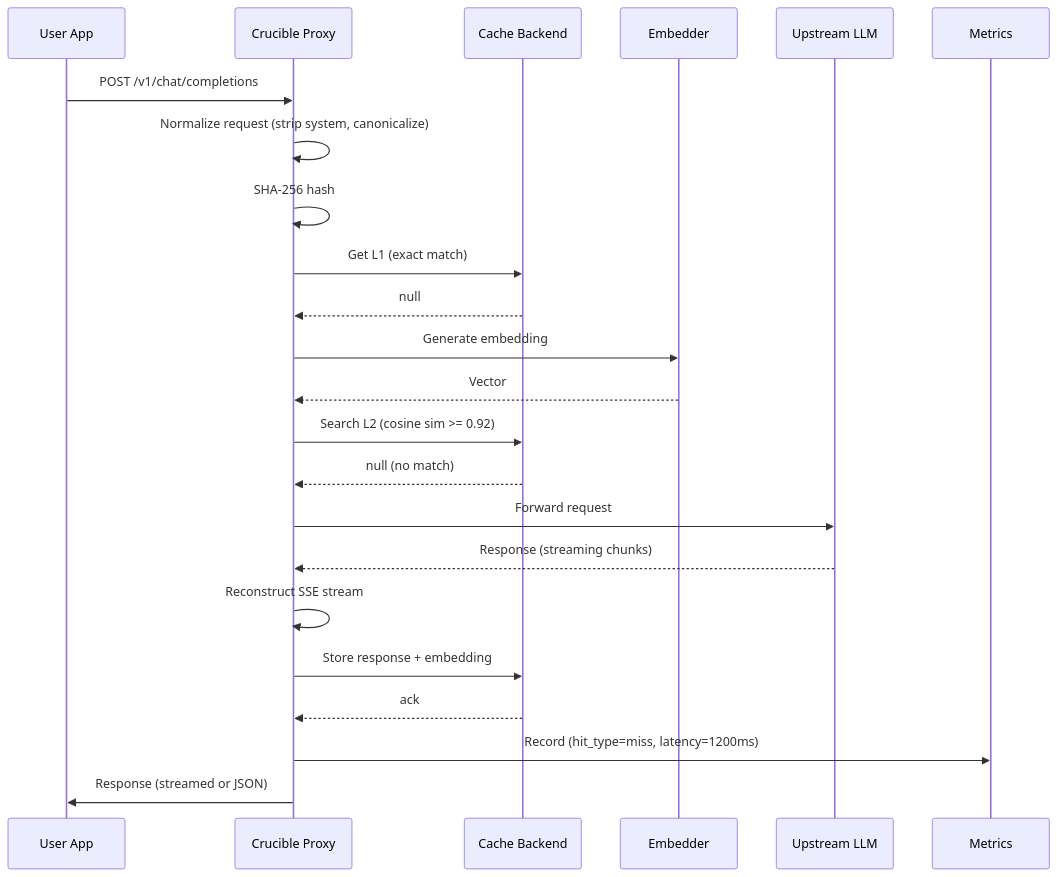
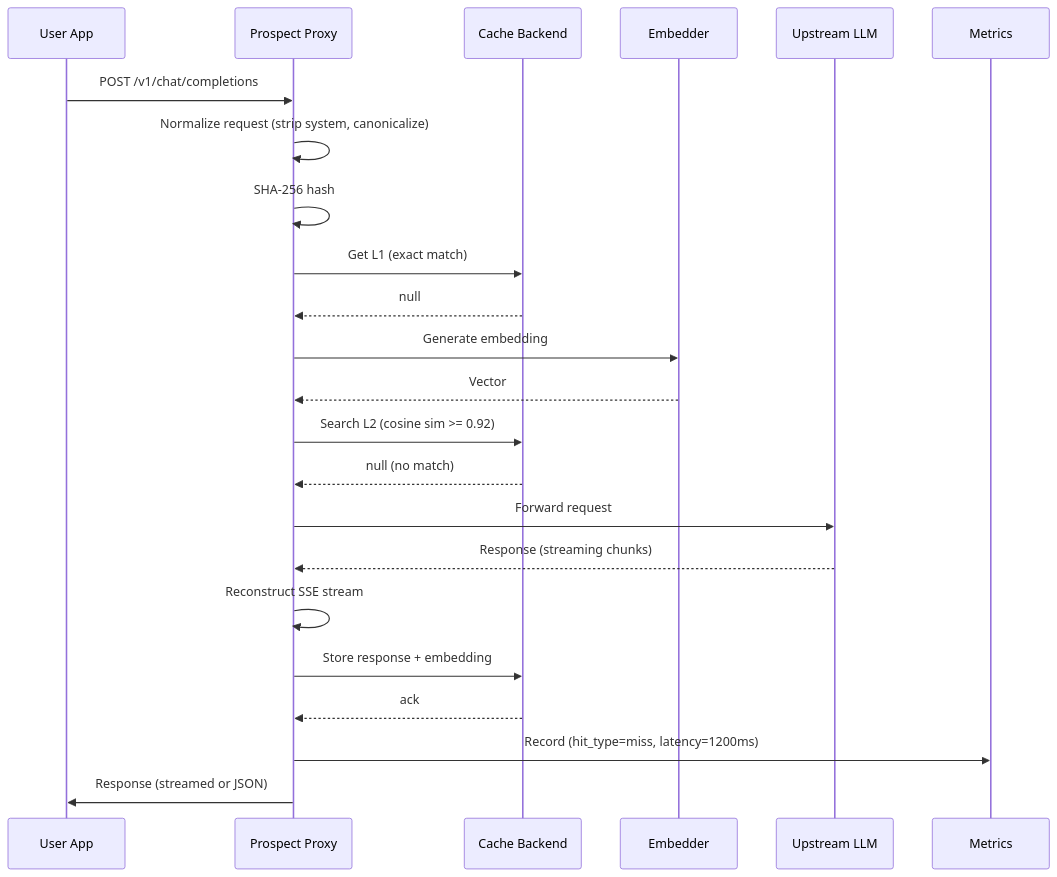
One commit to CraftedWithIntent/prospect-ai changed the second of 2 diagrams in docs/adr/001-architecture.md. Above: the diagram before and after it, drawn with Mermaid. The commit also changed other lines of this file and 16 other files, not shown here.

````diff
--- a/docs/adr/001-architecture.md
+++ b/docs/adr/001-architecture.md
@@ -74,32 +74,32 @@
 ```mermaid
 sequenceDiagram
     participant App as User App
-    participant Proxy as Crucible Proxy
+    participant Proxy as Prospect Proxy
     participant Cache as Cache Backend
     participant Embedder as Embedder
     participant Upstream as Upstream LLM
     participant Metrics as Metrics
 
     App->>Proxy: POST /v1/chat/completions
     Proxy->>Proxy: Normalize request (strip system, canonicalize)
     Proxy->>Proxy: SHA-256 hash
     
     Proxy->>Cache: Get L1 (exact match)
     Cache-->>Proxy: null
     
     Proxy->>Embedder: Generate embedding
     Embedder-->>Proxy: Vector
     
     Proxy->>Cache: Search L2 (cosine sim >= 0.92)
     Cache-->>Proxy: null (no match)
     
     Proxy->>Upstream: Forward request
     Upstream-->>Proxy: Response (streaming chunks)
     
     Proxy->>Proxy: Reconstruct SSE stream
     Proxy->>Cache: Store response + embedding
     Cache-->>Proxy: ack
     
     Proxy->>Metrics: Record (hit_type=miss, latency=1200ms)
     Proxy->>App: Response (streamed or JSON)
 ```
````
